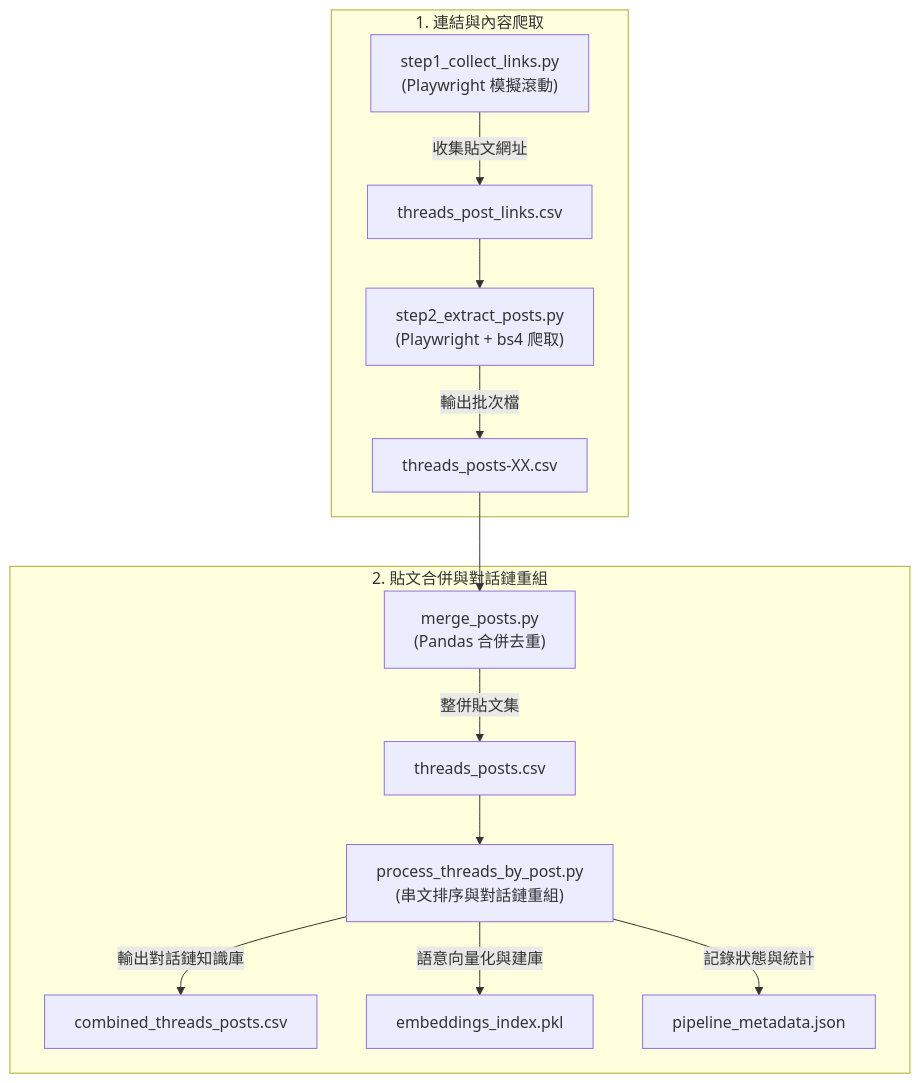
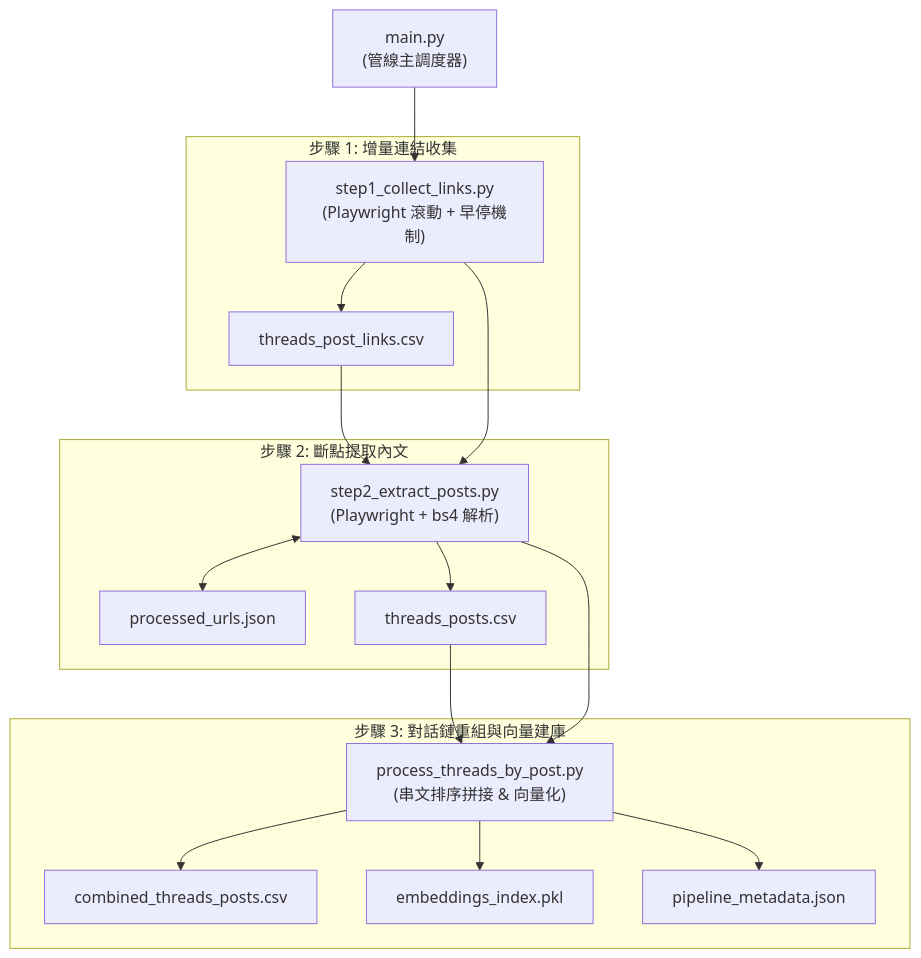
One commit to 411351242/NLP_Final_Project changed the diagram in README.md. Above: the diagram before and after it, drawn with Mermaid. The commit also changed other lines of this file and 20 other files, not shown here.

Commit message:
refactor: upgrade data pipeline, add one-click main runner, streamline text cleaner, and clean dead code

````diff
--- a/README.md
+++ b/README.md
@@ -31,17 +33,24 @@
 ```mermaid
 graph TD
-    subgraph A [1. 連結與內容爬取]
-        A1["step1_collect_links.py<br>(Playwright 模擬滾動)"] -->|收集貼文網址| A2[threads_post_links.csv]
-        A2 --> A3["step2_extract_posts.py<br>(Playwright + bs4 爬取)"]
-        A3 -->|輸出批次檔| A4[threads_posts-XX.csv]
+    M["main.py<br>(管線主調度器)"] --> S1
+    
+    subgraph S1_Block [步驟 1: 增量連結收集]
+        S1["step1_collect_links.py<br>(Playwright 滾動 + 早停機制)"] --> F1[threads_post_links.csv]
     end
     
-    subgraph B [2. 貼文合併與對話鏈重組]
-        A4 --> B1["merge_posts.py<br>(Pandas 合併去重)"]
-        B1 -->|整併貼文集| B2[threads_posts.csv]
-        B2 --> B3["process_threads_by_post.py<br>(串文排序與對話鏈重組)"]
-        B3 -->|輸出對話鏈知識庫| B4[combined_threads_posts.csv]
-        B3 -->|語意向量化與建庫| B5[embeddings_index.pkl]
-        B3 -->|記錄狀態與統計| B6[pipeline_metadata.json]
+    subgraph S2_Block [步驟 2: 斷點提取內文]
+        F1 --> S2["step2_extract_posts.py<br>(Playwright + bs4 解析)"]
+        S2 <--> F2[processed_urls.json]
+        S2 --> F3[threads_posts.csv]
     end
+    
+    subgraph S3_Block [步驟 3: 對話鏈重組與向量建庫]
+        F3 --> S3["process_threads_by_post.py<br>(串文排序拼接 & 向量化)"]
+        S3 --> F4[combined_threads_posts.csv]
+        S3 --> F5[embeddings_index.pkl]
+        S3 --> F6[pipeline_metadata.json]
+    end
+
+    S1 --> S2
+    S2 --> S3
 ```
````
